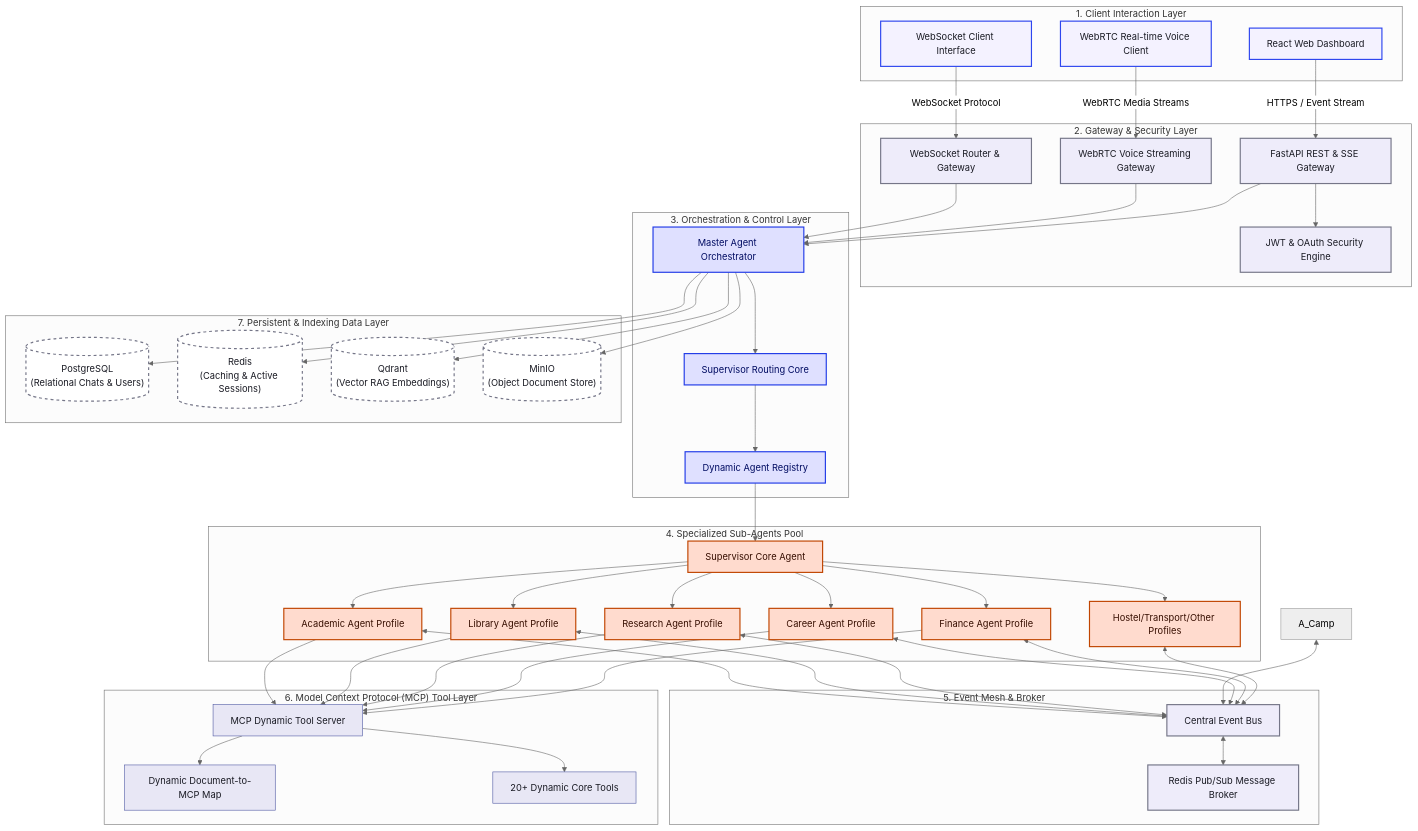
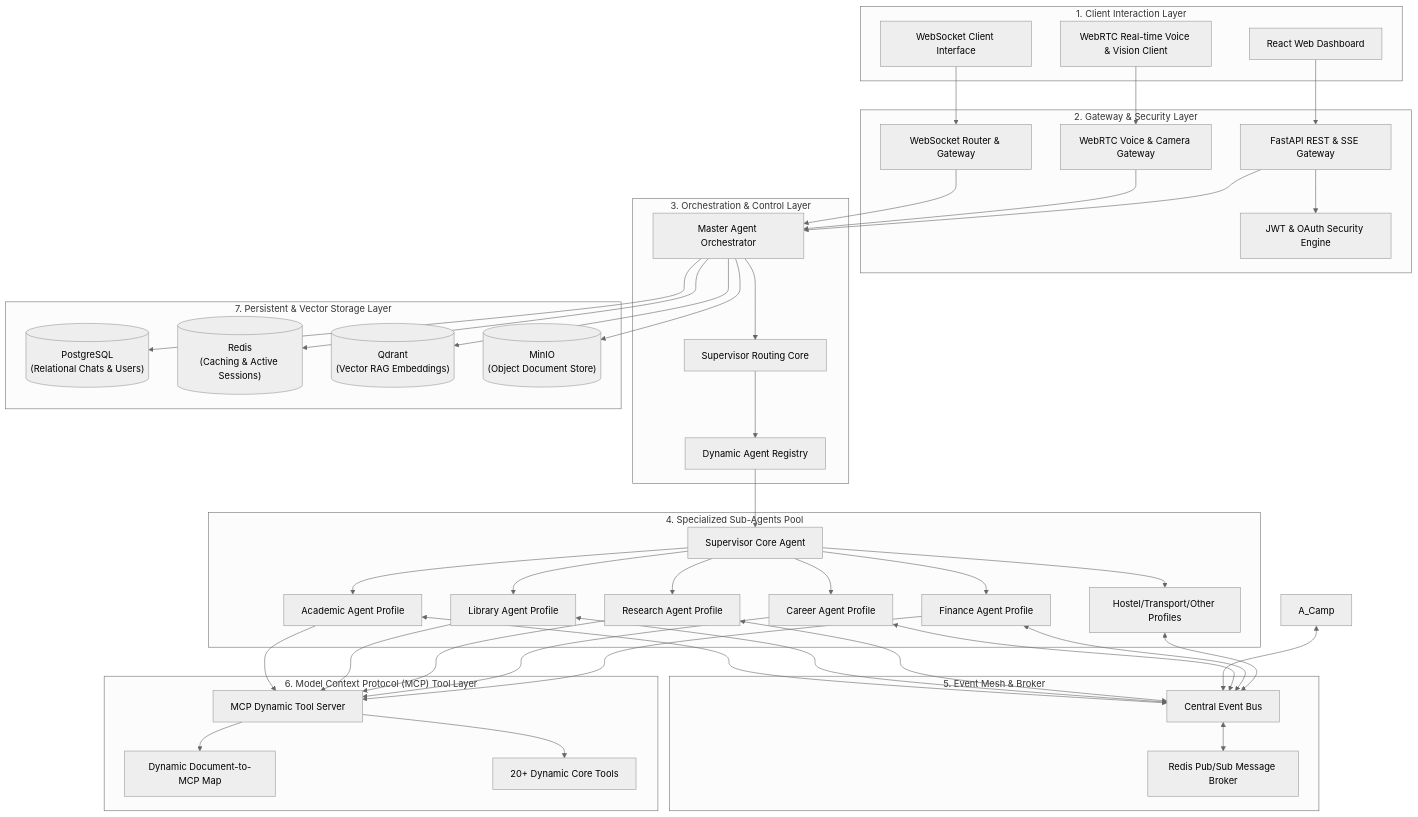
One commit to theshoaibme/daffodil-intelligence changed the first of 3 diagrams in docs/PROJECT_DOCUMENTATION.md. Above: the diagram before and after it, drawn with Mermaid (neutral theme). The commit also changed other lines of this file and 1 other file, not shown here.

Commit message:
docs: add multi-channel adapters, remote CopyCat control, and remove custom Mermaid colors for default themes

````diff
--- a/docs/PROJECT_DOCUMENTATION.md
+++ b/docs/PROJECT_DOCUMENTATION.md
@@ -22,71 +22,63 @@
 ```mermaid
 graph TD
-    %% Styling Definitions
-    classDef client fill:#f4f2ff,stroke:#2e46ef,stroke-width:2px,color:#1a1b24;
-    classDef gateway fill:#eeecfa,stroke:#757688,stroke-width:2px,color:#1a1b24;
-    classDef core fill:#dfe0ff,stroke:#213be7,stroke-width:2px,color:#000c62;
-    classDef agent fill:#ffdbce,stroke:#c04500,stroke-width:2px,color:#370e00;
-    classDef tool fill:#e8e7f5,stroke:#4e58a2,stroke-width:1px,color:#1a1b24;
-    classDef storage fill:#ffffff,stroke:#757688,stroke-width:2px,color:#1a1b24,stroke-dasharray: 5 5;
-
     %% Client Layer
-    subgraph Client_Layer ["1. Client Interaction Layer"]
-        UI["React Web Dashboard"]:::client
-        WS_Client["WebSocket Client Interface"]:::client
-        RTC_Client["WebRTC Real-time Voice Client"]:::client
+    subgraph clients ["1. Client Interaction Layer"]
+        UI["React Web Dashboard"]
+        WS_Client["WebSocket Client Interface"]
+        RTC_Client["WebRTC Real-time Voice & Vision Client"]
     end
 
     %% Gateway Layer
-    subgraph Gateway_Layer ["2. Gateway & Security Layer"]
-        API["FastAPI REST & SSE Gateway"]:::gateway
-        WS_GW["WebSocket Router & Gateway"]:::gateway
-        LIVE["WebRTC Voice Streaming Gateway"]:::gateway
-        AUTH["JWT & OAuth Security Engine"]:::gateway
+    subgraph gateways ["2. Gateway & Security Layer"]
+        API["FastAPI REST & SSE Gateway"]
+        WS_GW["WebSocket Router & Gateway"]
+        LIVE["WebRTC Voice & Camera Gateway"]
+        AUTH["JWT & OAuth Security Engine"]
     end
 
     %% Orchestration Layer
-    subgraph Orchestration_Layer ["3. Orchestration & Control Layer"]
-        MA["Master Agent Orchestrator"]:::core
-        SUP["Supervisor Routing Core"]:::core
-        REG["Dynamic Agent Registry"]:::core
+    subgraph orchestrator ["3. Orchestration & Control Layer"]
+        MA["Master Agent Orchestrator"]
+        SUP["Supervisor Routing Core"]
+        REG["Dynamic Agent Registry"]
     end
 
     %% Agent Pool
-    subgraph Agent_Pool ["4. Specialized Sub-Agents Pool"]
-        A_Supervisor["Supervisor Core Agent"]:::agent
-        A_Acad["Academic Agent Profile"]:::agent
-        A_Lib["Library Agent Profile"]:::agent
-        A_Res["Research Agent Profile"]:::agent
-        A_Car["Career Agent Profile"]:::agent
-        A_Fin["Finance Agent Profile"]:::agent
-        A_Other["Hostel/Transport/Other Profiles"]:::agent
+    subgraph agents ["4. Specialized Sub-Agents Pool"]
+        A_Supervisor["Supervisor Core Agent"]
+        A_Acad["Academic Agent Profile"]
+        A_Lib["Library Agent Profile"]
+        A_Res["Research Agent Profile"]
+        A_Car["Career Agent Profile"]
+        A_Fin["Finance Agent Profile"]
+        A_Other["Hostel/Transport/Other Profiles"]
     end
 
     %% Event Mesh
-    subgraph Event_Mesh ["5. Event Mesh & Broker"]
-        Bus["Central Event Bus"]:::gateway
-        Broker["Redis Pub/Sub Message Broker"]:::gateway
+    subgraph event_mesh ["5. Event Mesh & Broker"]
+        Bus["Central Event Bus"]
+        Broker["Redis Pub/Sub Message Broker"]
     end
 
     %% Tool Layer
     subgraph Tool_Layer ["6. Model Context Protocol (MCP) Tool Layer"]
-        MCP_Server["MCP Dynamic Tool Server"]:::tool
-        Doc_Server["Dynamic Document-to-MCP Map"]:::tool
-        Catalog["20+ Dynamic Core Tools"]:::tool
+        MCP_Server["MCP Dynamic Tool Server"]
+        Doc_Server["Dynamic Document-to-MCP Map"]
+        Catalog["20+ Dynamic Core Tools"]
     end
 
     %% Storage Layer
-    subgraph Storage_Layer ["7. Persistent & Indexing Data Layer"]
-        PG[("PostgreSQL\n(Relational Chats & Users)")]:::storage
-        RD[("Redis\n(Caching & Active Sessions)")]:::storage
-        QD[("Qdrant\n(Vector RAG Embeddings)")]:::storage
-        IO[("MinIO\n(Object Document Store)")]:::storage
+    subgraph storage ["7. Persistent & Vector Storage Layer"]
+        PG[("PostgreSQL\n(Relational Chats & Users)")]
+        RD[("Redis\n(Caching & Active Sessions)")]
+        QD[("Qdrant\n(Vector RAG Embeddings)")]
+        IO[("MinIO\n(Object Document Store)")]
     end
 
     %% Flow Connections (Top to Bottom)
-    UI -->|HTTPS / Event Stream| API
-    WS_Client -->|WebSocket Protocol| WS_GW
-    RTC_Client -->|WebRTC Media Streams| LIVE
+    UI --> API
+    WS_Client --> WS_GW
+    RTC_Client --> LIVE
 
     API --> AUTH
     WS_GW --> MA
````
